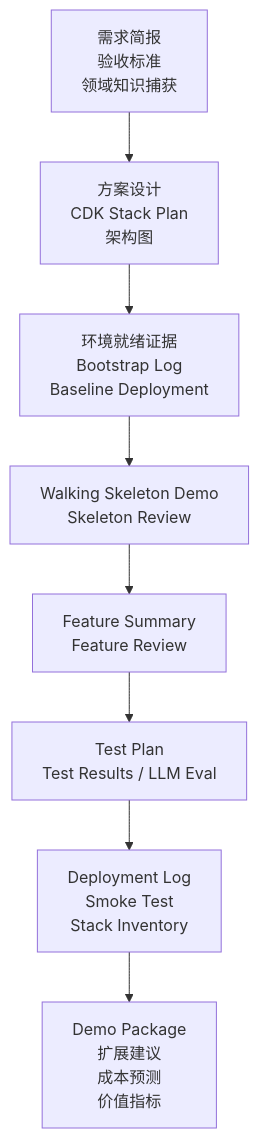
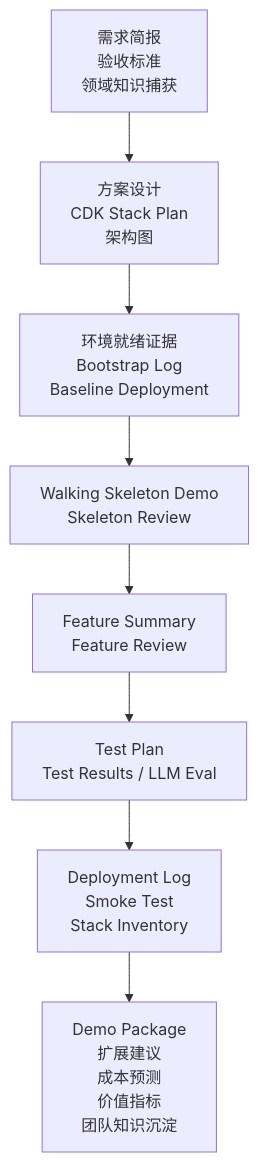
Diagram 11 of 14 in docs/architecture/aidlc-knowledge-memory-visual-guide.zh-CN.md (comdaze/aidlc-workflows-cde), drawn with Mermaid before and after one commit. The commit also changed other lines of this file and 180 other files, not shown here.

````diff
--- a/docs/architecture/aidlc-knowledge-memory-visual-guide.zh-CN.md
+++ b/docs/architecture/aidlc-knowledge-memory-visual-guide.zh-CN.md
@@ -402,13 +402,13 @@
 ```mermaid
 flowchart TB
     R[需求简报<br/>验收标准<br/>领域知识捕获]
     D[方案设计<br/>CDK Stack Plan<br/>架构图]
     E[环境就绪证据<br/>Bootstrap Log<br/>Baseline Deployment]
     W[Walking Skeleton Demo<br/>Skeleton Review]
     F[Feature Summary<br/>Feature Review]
     T[Test Plan<br/>Test Results / LLM Eval]
     P[Deployment Log<br/>Smoke Test<br/>Stack Inventory]
-    H[Demo Package<br/>扩展建议<br/>成本预测<br/>价值指标]
+    H[Demo Package<br/>扩展建议<br/>成本预测<br/>价值指标<br/>团队知识沉淀]
 
     R --> D --> E --> W --> F --> T --> P --> H
 ```
````
